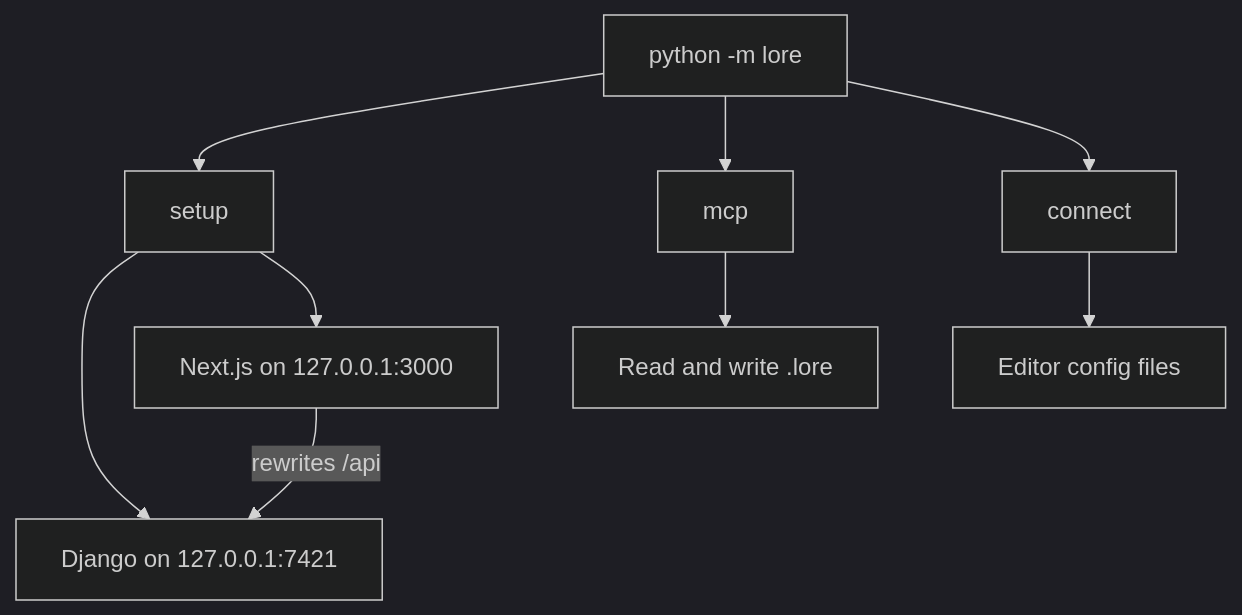
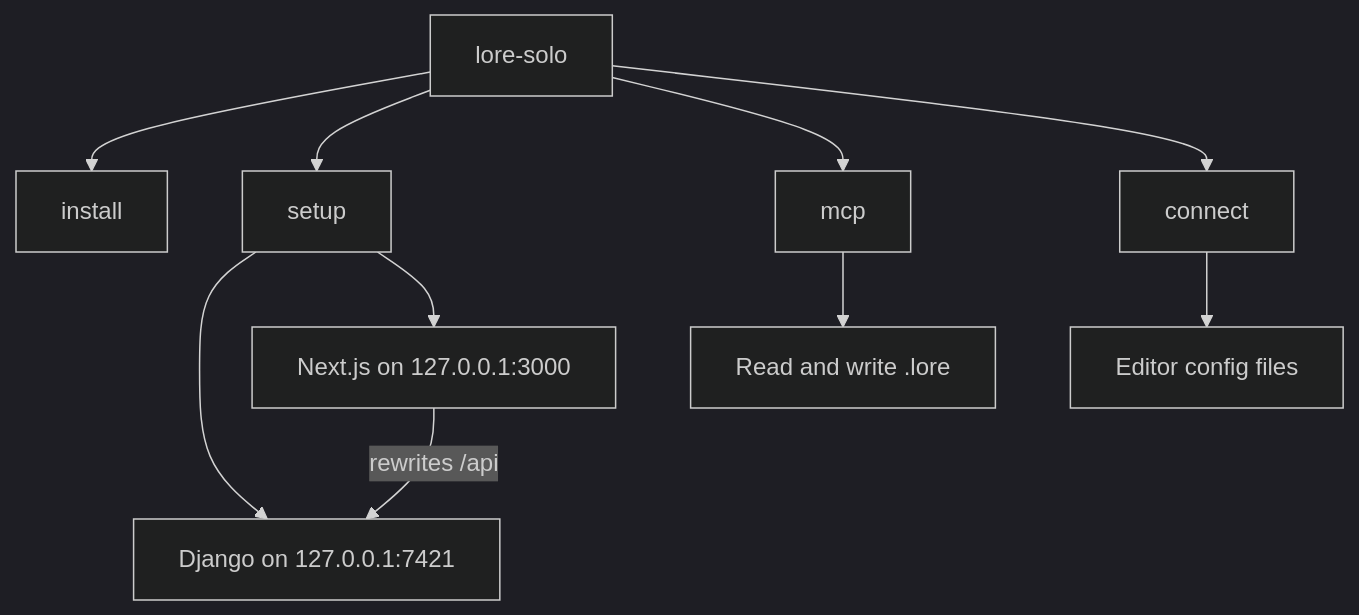
One commit to starrynight-web/LORE changed the second of 6 diagrams in docs/solo/HOW_IT_WORKS.md. Above: the diagram before and after it, drawn with Mermaid (dark theme). The commit also changed other lines of this file and 39 other files, not shown here.

First line of the commit message:
Make Lore Solo installable with one command and finish the setup screens.

````diff
--- a/docs/solo/HOW_IT_WORKS.md
+++ b/docs/solo/HOW_IT_WORKS.md
@@ -37,12 +37,13 @@
 ```mermaid
 flowchart TD
-  entry["python -m lore"]
+  entry["lore-solo"]
+  entry --> install["install"]
   entry --> setup["setup"]
   entry --> mcp["mcp"]
   entry --> connect["connect"]
   setup --> django["Django on 127.0.0.1:7421"]
   setup --> next["Next.js on 127.0.0.1:3000"]
   next -->|"rewrites /api"| django
   mcp --> files["Read and write .lore"]
   connect --> editors["Editor config files"]
 ```
````
